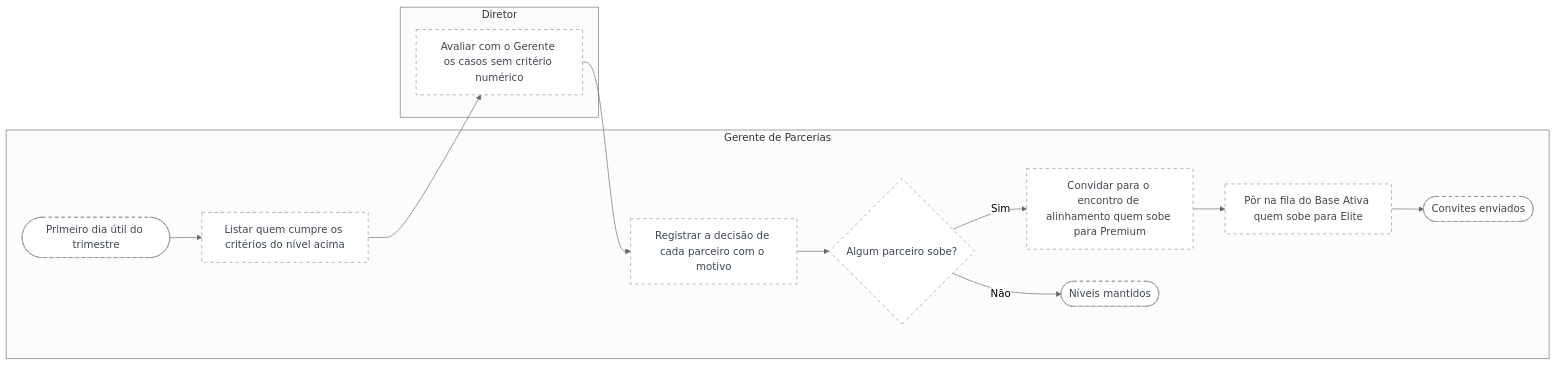
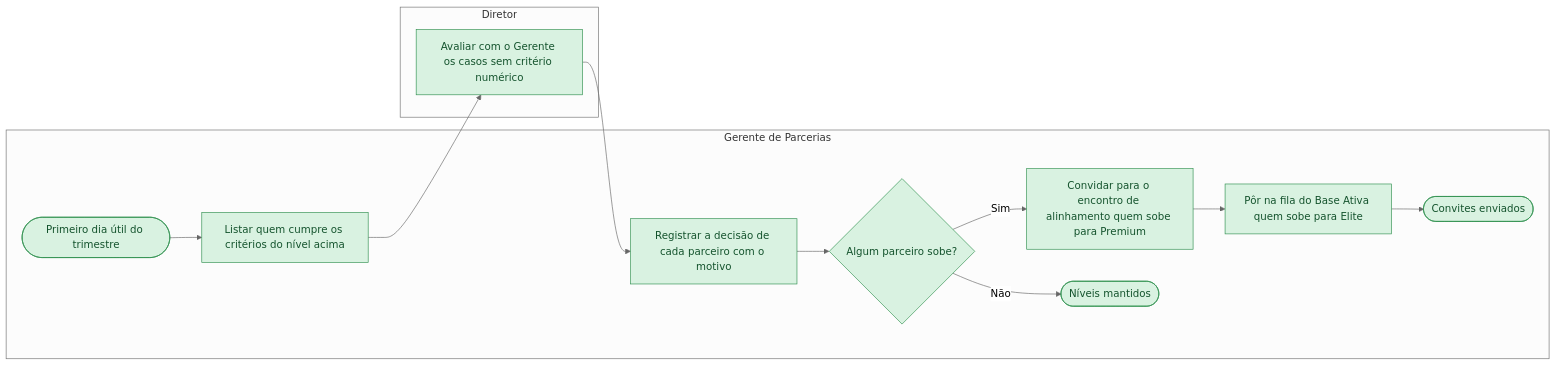
Before and after one commit to Guilherme-MFaccin/Wise-Partners: the diagram in mapeamentos/wise-partners-to-be/saidas/mermaid/fluxo-3-4-revisar-o-nivel-dos-parceiros.mmd, drawn with Mermaid (neutral theme). The commit also changed 257 other files, not shown here.

```diff
--- a/mapeamentos/wise-partners-to-be/saidas/mermaid/fluxo-3-4-revisar-o-nivel-dos-parceiros.mmd
+++ b/mapeamentos/wise-partners-to-be/saidas/mermaid/fluxo-3-4-revisar-o-nivel-dos-parceiros.mmd
@@ -1,26 +1,26 @@
 flowchart LR
     classDef confirmado fill:#D9F2E1,stroke:#2F8F4E,color:#14532D
     classDef declarado fill:#FFF3C4,stroke:#B8860B,color:#5C4300
     classDef hipotese fill:#FFFFFF,stroke:#8A9099,color:#3F4650,stroke-dasharray: 5 5
     classDef contestado fill:#FDE2E1,stroke:#C53030,color:#7F1D1D
     subgraph raia_PA_01 ["Gerente de Parcerias"]
-      n_i1(["Primeiro dia útil do trimestre"]):::hipotese
-      n_t1["Listar quem cumpre os critérios do nível acima"]:::hipotese
-      n_t3["Registrar a decisão de cada parceiro com o motivo"]:::hipotese
-      n_g1{"Algum parceiro sobe?"}:::hipotese
-      n_t4["Convidar para o encontro de alinhamento quem sobe para Premium"]:::hipotese
-      n_t5["Pôr na fila do Base Ativa quem sobe para Elite"]:::hipotese
-      n_f1(["Níveis mantidos"]):::hipotese
-      n_f2(["Convites enviados"]):::hipotese
+      n_i1(["Primeiro dia útil do trimestre"]):::confirmado
+      n_t1["Listar quem cumpre os critérios do nível acima"]:::confirmado
+      n_t3["Registrar a decisão de cada parceiro com o motivo"]:::confirmado
+      n_g1{"Algum parceiro sobe?"}:::confirmado
+      n_t4["Convidar para o encontro de alinhamento quem sobe para Premium"]:::confirmado
+      n_t5["Pôr na fila do Base Ativa quem sobe para Elite"]:::confirmado
+      n_f1(["Níveis mantidos"]):::confirmado
+      n_f2(["Convites enviados"]):::confirmado
     end
     subgraph raia_PA_02 ["Diretor"]
-      n_t2["Avaliar com o Gerente os casos sem critério numérico"]:::hipotese
+      n_t2["Avaliar com o Gerente os casos sem critério numérico"]:::confirmado
     end
     n_i1 --> n_t1
     n_t1 --> n_t2
     n_t2 --> n_t3
     n_t3 --> n_g1
     n_g1 -->|Não| n_f1
     n_g1 -->|Sim| n_t4
     n_t4 --> n_t5
     n_t5 --> n_f2
```
